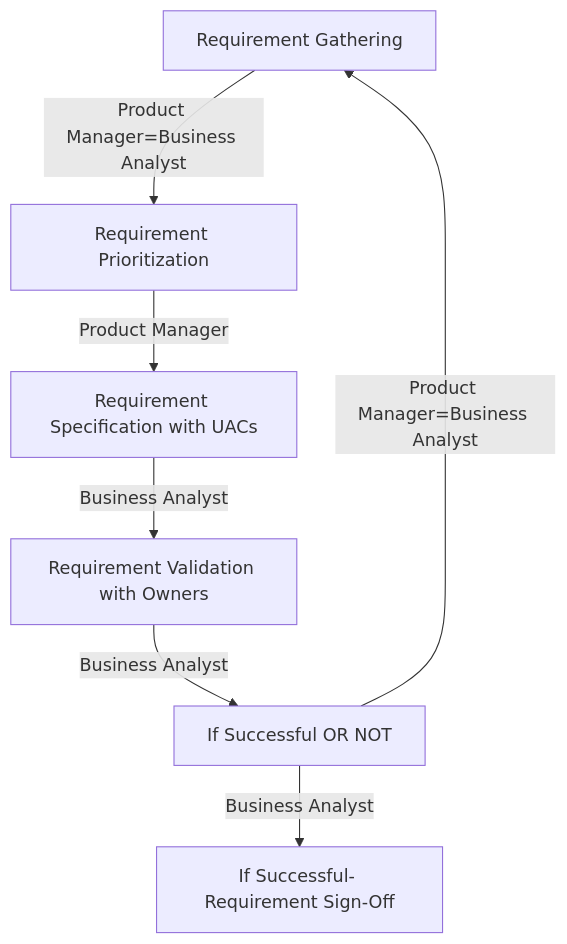
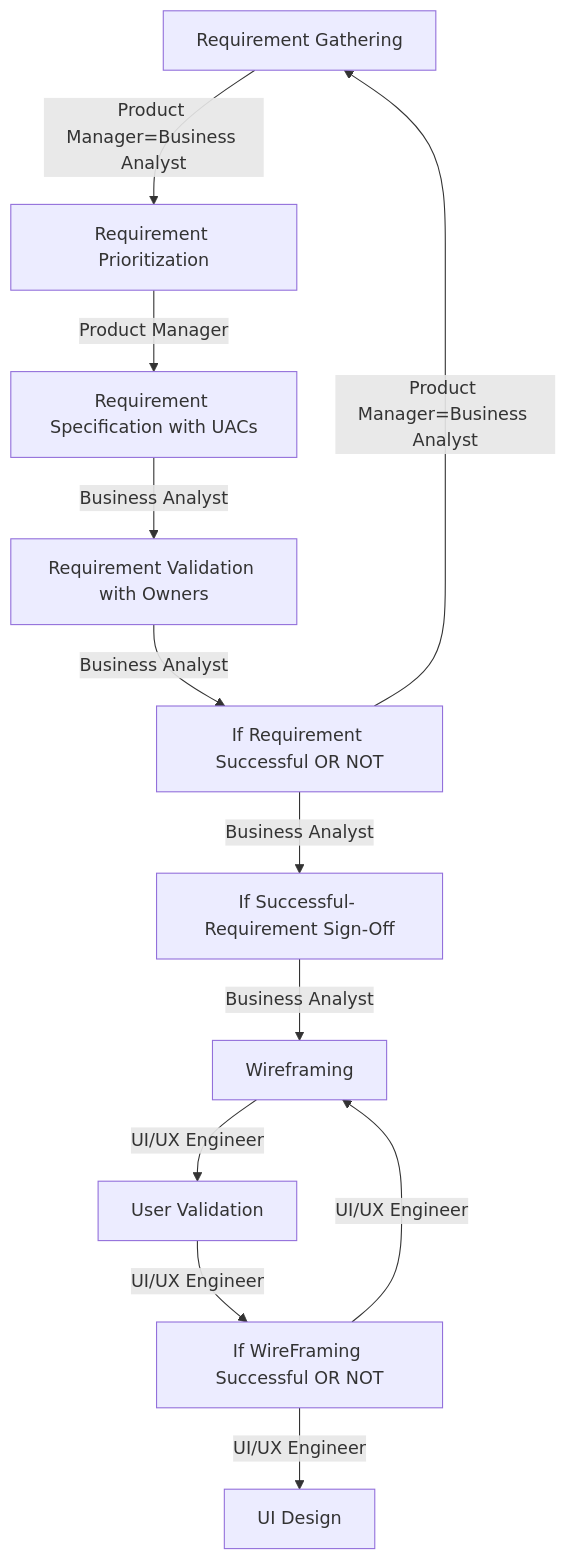
Before and after one commit to utpal-maiti/utpal-maiti: the second of 2 diagrams in InterviewQuestionsAnswers/SDLC/README.md, drawn with Mermaid. The commit also changed 1 other file, not shown here.

````diff
--- a/InterviewQuestionsAnswers/SDLC/README.md
+++ b/InterviewQuestionsAnswers/SDLC/README.md
@@ -23,11 +23,17 @@
 ```mermaid
 flowchart TD
     1[Requirement Gathering] -->|   Product Manager=Business Analyst     | 2[Requirement Prioritization]
     2[Requirement Prioritization] -->|  Product Manager   | 3[Requirement Specification with UACs]
     3[Requirement Specification with UACs] -->| Business Analyst | 4[Requirement Validation with Owners]
-    4[Requirement Validation with Owners] -->| Business Analyst | 5[If Successful]
-    5[If Successful OR NOT] -->|   Business Analyst          | 6[If Successful- Requirement Sign-Off]
-    5[If Successful OR NOT] -->|  Product Manager=Business Analyst          | 1[Requirement Gathering]
+    4[Requirement Validation with Owners] -->| Business Analyst | 5[If Requirement Successful OR NOT]
+    5[If Requirement Successful OR NOT] -->|  Product Manager=Business Analyst          | 1[Requirement Gathering]
+    5[If Requirement Successful OR NOT] -->|   Business Analyst          | 6[If Successful- Requirement Sign-Off]
+    6[If Successful- Requirement Sign-Off] -->|   Business Analyst          | 7[Wireframing]
+    7[Wireframing] -->|   UI/UX Engineer          | 8[User Validation]
+    8[User Validation] -->|   UI/UX Engineer          | 9[If WireFraming Successful OR NOT]
+    9[If WireFraming NOT Successful]  -->|   UI/UX Engineer          | 7[Wireframing]
+    9[If WireFraming Successful OR NOT] -->|   UI/UX Engineer          | 10[UI Design]
+
 
 
 ```
````
